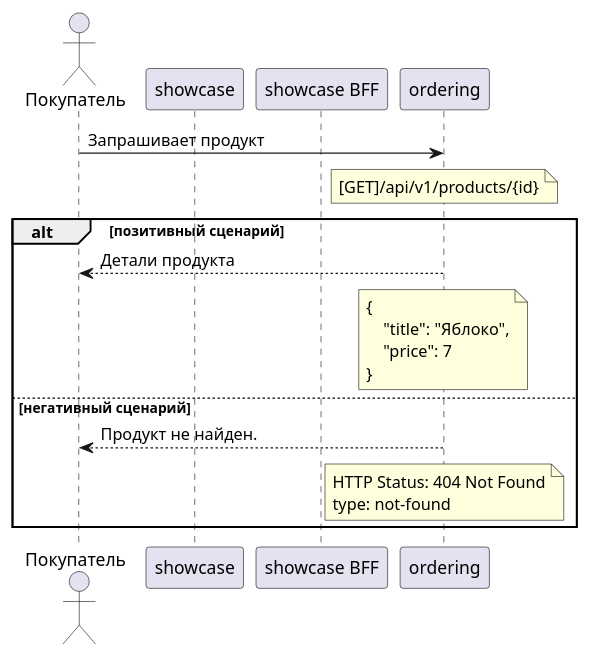
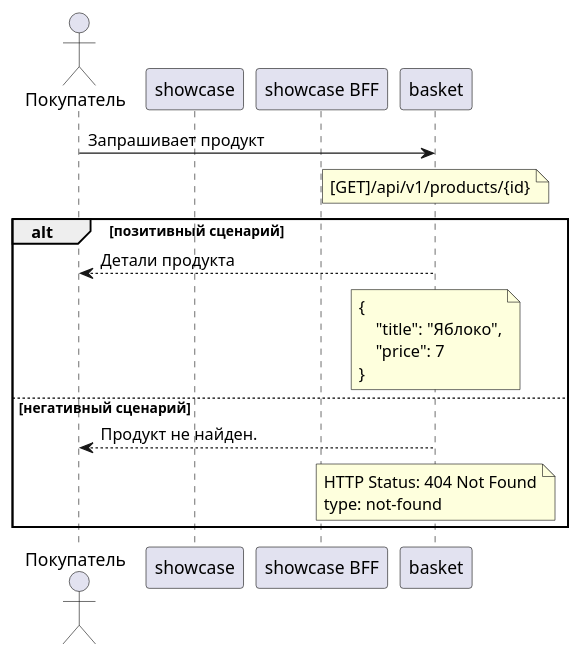
Before and after one commit to gerzhan/knigaexpert-system-design: the diagram in 4-remove-product-from-shopping-cart.md, drawn with PlantUML. The commit also changed 18 other files, not shown here.

````diff
--- a/4-remove-product-from-shopping-cart.md
+++ b/4-remove-product-from-shopping-cart.md
@@ -10,24 +10,24 @@
 ```plantuml
 actor "Покупатель" as customer
 participant "showcase" as showcase_app
 participant "showcase BFF" as showcase_bff
-participant "ordering" as ordering
+participant "basket" as basket
 
-customer -> ordering: Запрашивает продукт
-note over ordering: [GET]/api/v1/products/{id}
+customer -> basket: Запрашивает продукт
+note over basket: [GET]/api/v1/products/{id}
 alt позитивный сценарий
-customer <--  ordering: Детали продукта
-note over ordering
+customer <--  basket: Детали продукта
+note over basket
 {  
     "title": "Яблоко",
     "price": 7
 }
 end note
 else негативный сценарий
-customer <-- ordering: Продукт не найден.
-note over ordering
+customer <-- basket: Продукт не найден.
+note over basket
 HTTP Status: 404 Not Found
 type: not-found
 end note
 end
 ```
````
